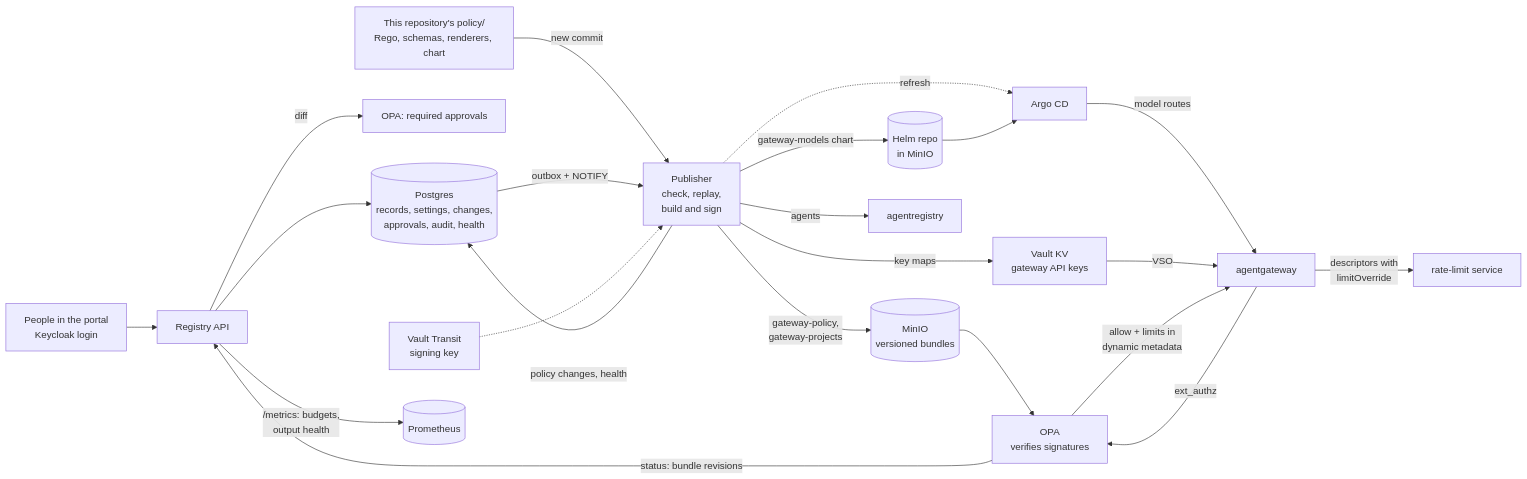
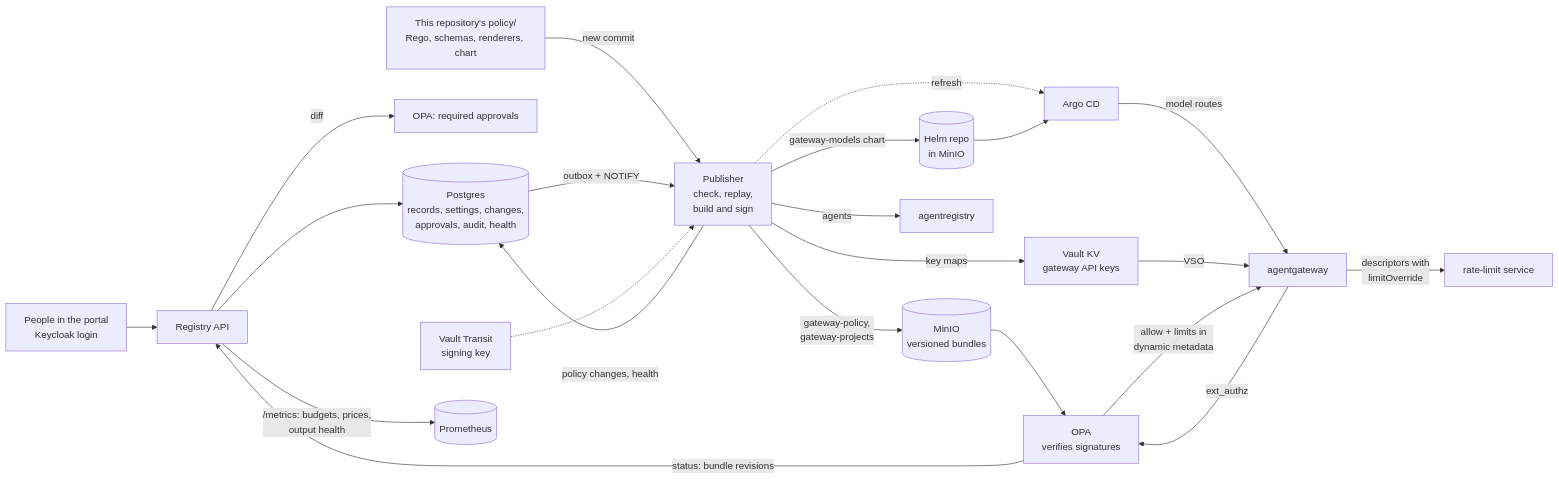
Before and after one commit to nolimitkun/project-registry: the diagram in docs/design.md, drawn with Mermaid. The commit also changed other lines of this file and 2 other files, not shown here.

First line of the commit message:
feat(registry): export catalog prices for a price drift alert (#26)

````diff
--- a/docs/design.md
+++ b/docs/design.md
@@ -48,23 +48,23 @@
 ```mermaid
 flowchart LR
   people[People in the portal<br/>Keycloak login] --> api[Registry API]
   api --> pg[(Postgres<br/>records, settings, changes,<br/>approvals, audit, health)]
   api -->|diff| opap[OPA: required approvals]
   git[This repository's policy/<br/>Rego, schemas, renderers, chart] -->|new commit| pub
   pg -->|outbox + NOTIFY| pub[Publisher<br/>check, replay,<br/>build and sign]
   pub -->|policy changes, health| pg
   vt[Vault Transit<br/>signing key] -.-> pub
   pub -->|gateway-policy,<br/>gateway-projects| s3[(MinIO<br/>versioned bundles)]
   pub -->|gateway-models chart| helm[(Helm repo<br/>in MinIO)]
   pub -.->|refresh| argo[Argo CD]
   helm --> argo -->|model routes| gw
   pub -->|key maps| kv[Vault KV<br/>gateway API keys]
   kv -->|VSO| gw
   pub -->|agents| ar[agentregistry]
   s3 --> opa[OPA<br/>verifies signatures]
   opa -->|status: bundle revisions| api
   gw[agentgateway] -->|ext_authz| opa
   opa -->|allow + limits in<br/>dynamic metadata| gw
   gw -->|descriptors with<br/>limitOverride| rl[rate-limit service]
-  api -->|/metrics: budgets,<br/>output health| prom[(Prometheus)]
+  api -->|/metrics: budgets, prices,<br/>output health| prom[(Prometheus)]
 ```
````
